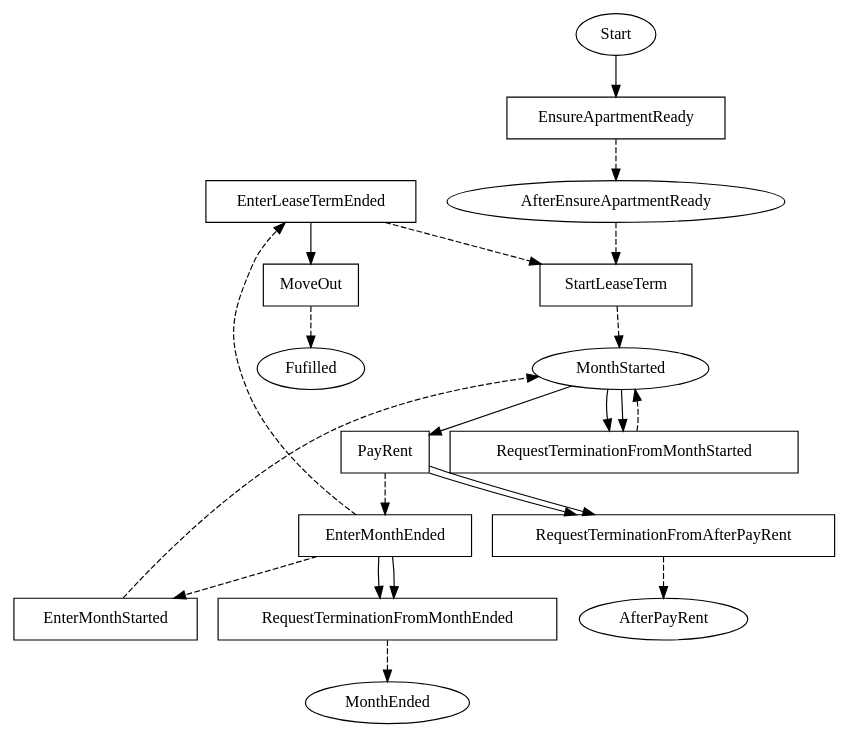
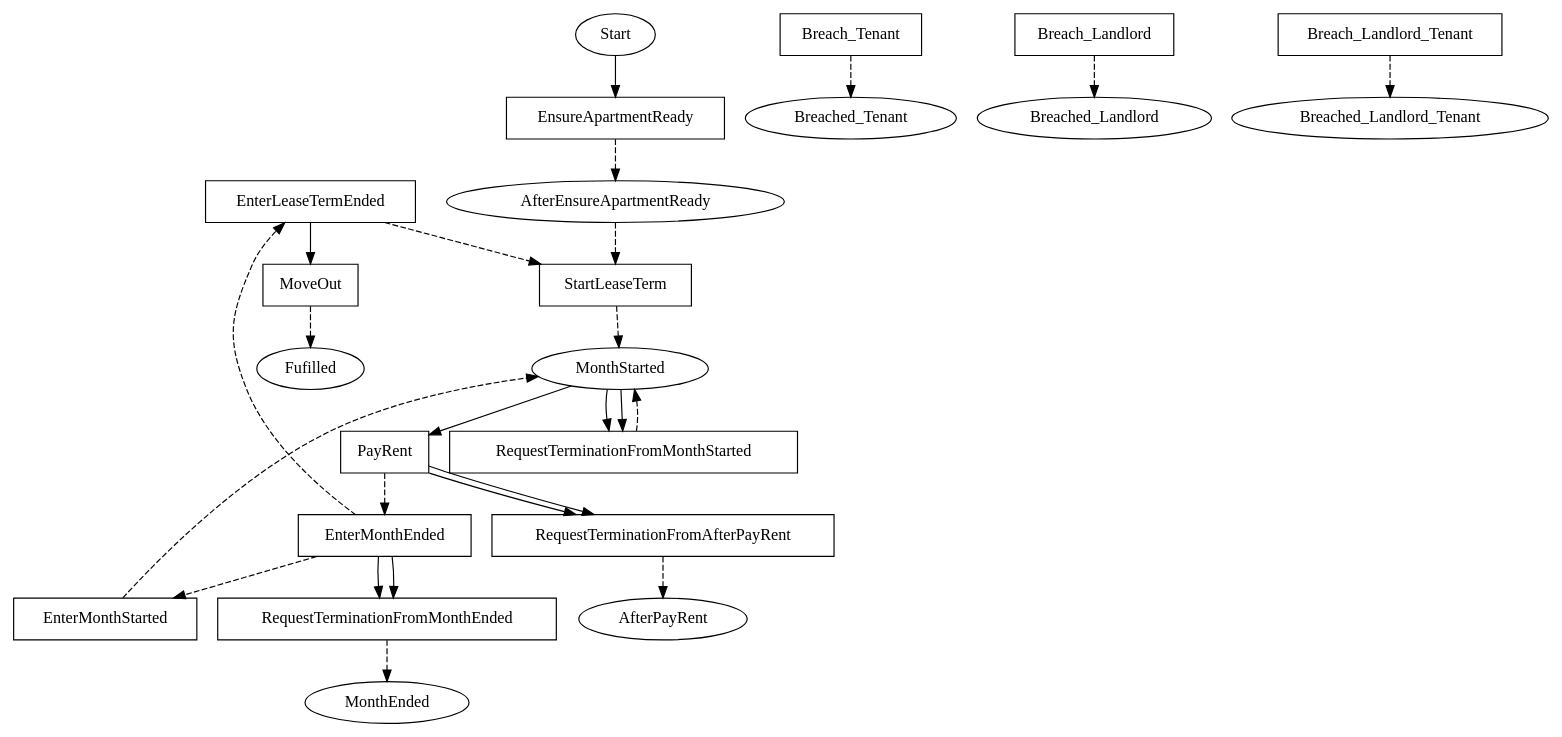
Before and after one commit to Marcao02/complaw-deeptech: the diagram in linear_state_machine_language/pyL4/examples/out_graphviz/from_academic_lit/hvitved_lease.dot, drawn with Graphviz. The commit also changed 37 other files, not shown here.

Commit message:
remove old generated SAFE files. regen graphviz output.

```diff
--- a/linear_state_machine_language/pyL4/examples/out_graphviz/from_academic_lit/hvitved_lease.dot
+++ b/linear_state_machine_language/pyL4/examples/out_graphviz/from_academic_lit/hvitved_lease.dot
@@ -1,48 +1,57 @@
 // THIS IS A GENERATED FILE. DO NOT EDIT.
 
 digraph Lease_Hvitved {    
     Fulfilled[label=Fufilled];
     Start[label=Start];
 	AfterEnsureApartmentReady[label=AfterEnsureApartmentReady];
-	MonthStarted[label=MonthStarted]
+	MonthStarted[label=MonthStarted];
+	Breached_Tenant[label=Breached_Tenant];
+	Breached_Landlord[label=Breached_Landlord];
+	Breached_Landlord_Tenant[label=Breached_Landlord_Tenant]
     
      
     RequestTerminationFromMonthStarted[label=RequestTerminationFromMonthStarted,shape=box];
 	RequestTerminationFromAfterPayRent[label=RequestTerminationFromAfterPayRent,shape=box];
 	RequestTerminationFromMonthEnded[label=RequestTerminationFromMonthEnded,shape=box];
 	EnsureApartmentReady[label=EnsureApartmentReady,shape=box];
 	StartLeaseTerm[label=StartLeaseTerm,shape=box];
 	EnterMonthStarted[label=EnterMonthStarted,shape=box];
 	PayRent[label=PayRent,shape=box];
 	EnterMonthEnded[label=EnterMonthEnded,shape=box];
 	EnterLeaseTermEnded[label=EnterLeaseTermEnded,shape=box];
-	MoveOut[label=MoveOut,shape=box]    
+	MoveOut[label=MoveOut,shape=box];
+	Breach_Tenant[label=Breach_Tenant,shape=box];
+	Breach_Landlord[label=Breach_Landlord,shape=box];
+	Breach_Landlord_Tenant[label=Breach_Landlord_Tenant,shape=box]    
     
     
     
     Start -> EnsureApartmentReady;
 	AfterEnsureApartmentReady -> StartLeaseTerm [style=dashed];
 	MonthStarted -> PayRent;
 	MonthStarted -> RequestTerminationFromMonthStarted;
 	MonthStarted -> RequestTerminationFromMonthStarted;
 	PayRent -> EnterMonthEnded [style=dashed];
 	PayRent -> RequestTerminationFromAfterPayRent;
 	PayRent -> RequestTerminationFromAfterPayRent;
 	EnterMonthEnded -> EnterLeaseTermEnded [style=dashed];
 	EnterMonthEnded -> EnterMonthStarted [style=dashed];
 	EnterMonthEnded -> RequestTerminationFromMonthEnded;
 	EnterMonthEnded -> RequestTerminationFromMonthEnded;
 	EnterLeaseTermEnded -> MoveOut;
 	EnterLeaseTermEnded -> StartLeaseTerm [style=dashed]
     
     RequestTerminationFromMonthStarted -> MonthStarted [style=dashed];
 	RequestTerminationFromAfterPayRent -> AfterPayRent [style=dashed];
 	RequestTerminationFromMonthEnded -> MonthEnded [style=dashed];
 	EnsureApartmentReady -> AfterEnsureApartmentReady [style=dashed];
 	StartLeaseTerm -> MonthStarted [style=dashed];
 	EnterMonthStarted -> MonthStarted [style=dashed];
 	MoveOut -> Fulfilled [style=dashed];
+	Breach_Tenant -> Breached_Tenant [style=dashed];
+	Breach_Landlord -> Breached_Landlord [style=dashed];
+	Breach_Landlord_Tenant -> Breached_Landlord_Tenant [style=dashed];
 	     
     
        
 }
```
